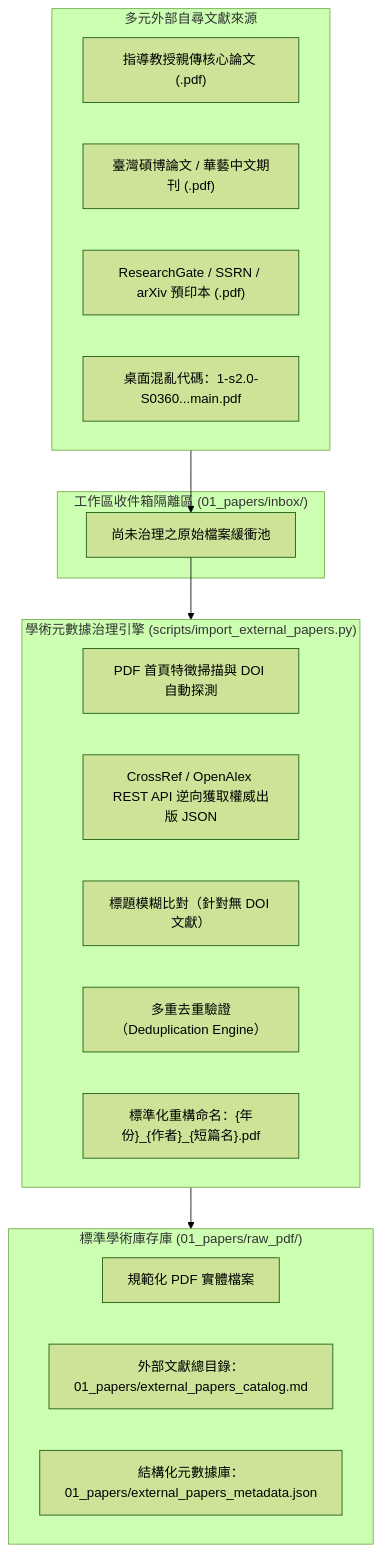
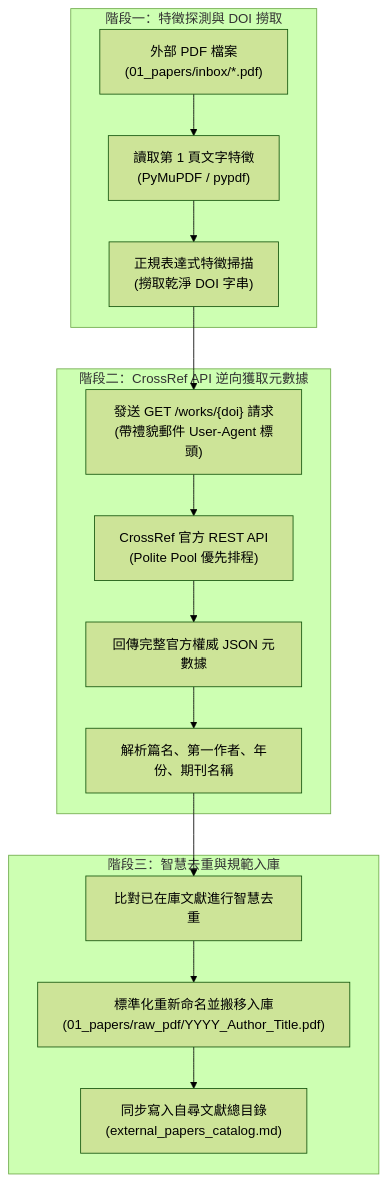
The diagram in 03_外部自尋文獻匯入與學術元數據治理.md (sungchien/literature_agent), drawn with Mermaid (forest theme) before and after one commit. The commit also changed other lines of this file, not shown here.

````diff
--- a/03_外部自尋文獻匯入與學術元數據治理.md
+++ b/03_外部自尋文獻匯入與學術元數據治理.md
@@ -57,32 +151,20 @@
 ```mermaid
 flowchart TD
-    subgraph MultiSources["多元外部自尋文獻來源"]
-        S1["指導教授親傳核心論文 (.pdf)"]
-        S2["臺灣碩博論文 / 華藝中文期刊 (.pdf)"]
-        S3["ResearchGate / SSRN / arXiv 預印本 (.pdf)"]
-        S4["桌面混亂代碼：1-s2.0-S0360...main.pdf"]
+    subgraph Phase1["階段一：特徵探測與 DOI 撈取"]
+        A["外部 PDF 檔案<br/>(01_papers/inbox/*.pdf)"] --> B["讀取第 1 頁文字特徵<br/>(PyMuPDF / pypdf)"]
+        B --> C["正規表達式特徵掃描<br/>(撈取乾淨 DOI 字串)"]
     end
 
-    subgraph InboxZone["工作區收件箱隔離區 (01_papers/inbox/)"]
-        In["尚未治理之原始檔案緩衝池"]
+    subgraph Phase2["階段二：CrossRef API 逆向獲取元數據"]
+        C --> D["發送 GET /works/{doi} 請求<br/>(帶禮貌郵件 User-Agent 標頭)"]
+        D --> E["CrossRef 官方 REST API<br/>(Polite Pool 優先排程)"]
+        E --> F["回傳完整官方權威 JSON 元數據"]
+        F --> G["解析篇名、第一作者、年份、期刊名稱"]
     end
 
-    subgraph GovernanceEngine["學術元數據治理引擎 (scripts/import_external_papers.py)"]
-        G1["PDF 首頁特徵掃描與 DOI 自動探測"]
-        G2["CrossRef / OpenAlex REST API 逆向獲取權威出版 JSON"]
-        G3["標題模糊比對（針對無 DOI 文獻）"]
-        G4["多重去重驗證（Deduplication Engine）"]
-        G5["標準化重構命名：{年份}_{作者}_{短篇名}.pdf"]
+    subgraph Phase3["階段三：智慧去重與規範入庫"]
+        G --> H["比對已在庫文獻進行智慧去重"]
+        H --> I["標準化重新命名並搬移入庫<br/>(01_papers/raw_pdf/YYYY_Author_Title.pdf)"]
+        I --> J["同步寫入自尋文獻總目錄<br/>(external_papers_catalog.md)"]
     end
-
-    subgraph StandardRepo["標準學術庫存庫 (01_papers/raw_pdf/)"]
-        Out1["規範化 PDF 實體檔案"]
-        Out2["外部文獻總目錄：01_papers/external_papers_catalog.md"]
-        Out3["結構化元數據庫：01_papers/external_papers_metadata.json"]
-    end
-
-    MultiSources --> In
-    In --> GovernanceEngine
-    GovernanceEngine --> StandardRepo
-
 ```
````
